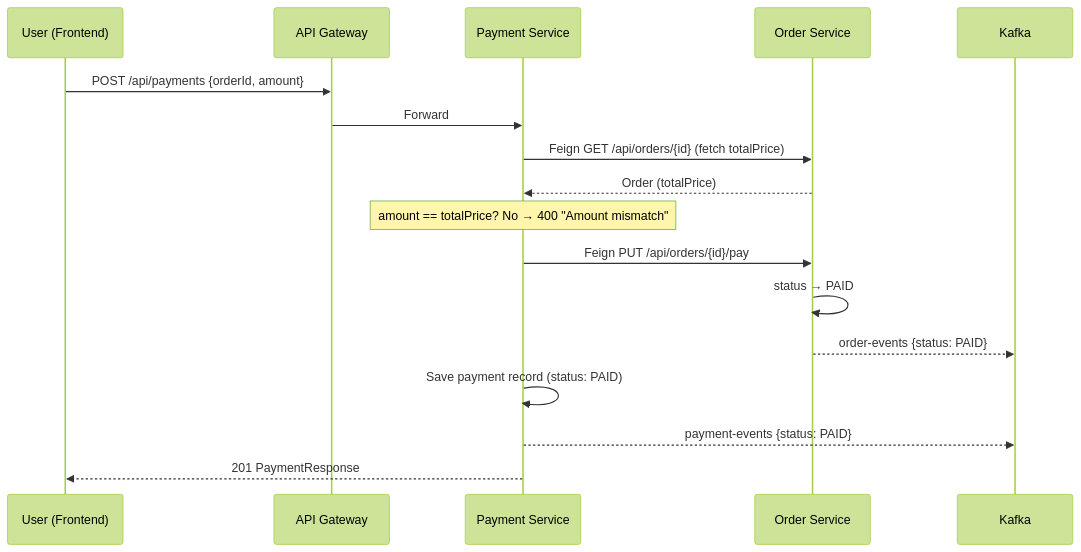
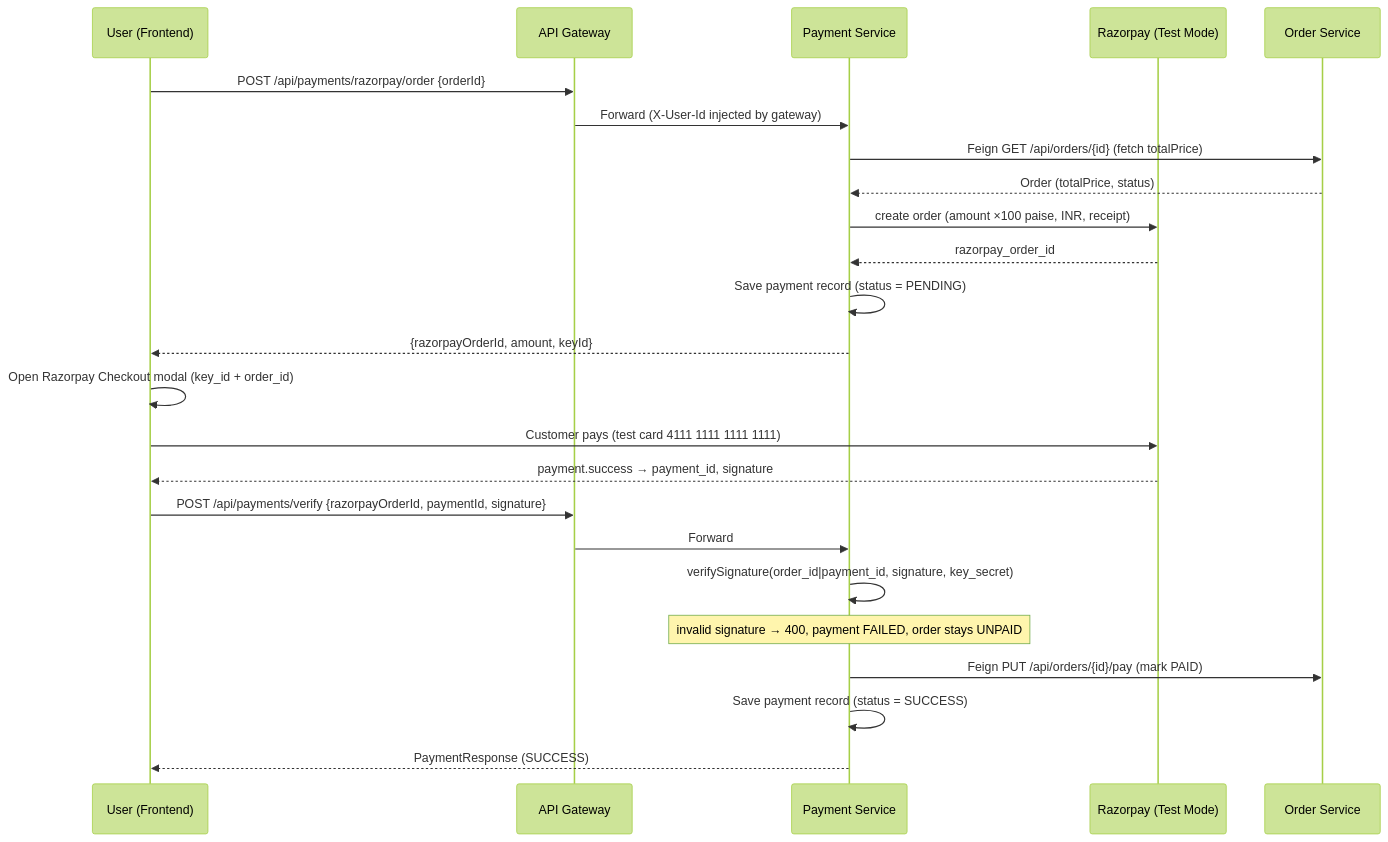
Before and after one commit to shubhamdagar9854/OrderPulse: the fourth of 8 diagrams in README.md, drawn with Mermaid (forest theme). The commit also changed other lines of this file and 17 other files, not shown here.

Commit message:
feat: Razorpay Test Mode integration - server-side order create, backend signature verification, real refunds; fix user-service JWT expiration property

````diff
--- a/README.md
+++ b/README.md
@@ -161,19 +161,27 @@
 ```mermaid
 sequenceDiagram
     participant U as User (Frontend)
     participant GW as API Gateway
     participant PMS as Payment Service
+    participant RZP as Razorpay (Test Mode)
     participant OS as Order Service
 
-    U->>GW: POST /api/payments {orderId, amount}
+    U->>GW: POST /api/payments/razorpay/order {orderId}
+    GW->>PMS: Forward (X-User-Id injected by gateway)
+    PMS->>OS: Feign GET /api/orders/{id} (fetch totalPrice)
+    OS-->>PMS: Order (totalPrice, status)
+    PMS->>RZP: create order (amount ×100 paise, INR, receipt)
+    RZP-->>PMS: razorpay_order_id
+    PMS->>PMS: Save payment record (status = PENDING)
+    PMS-->>U: {razorpayOrderId, amount, keyId}
+    U->>U: Open Razorpay Checkout modal (key_id + order_id)
+    U->>RZP: Customer pays (test card 4111 1111 1111 1111)
+    RZP-->>U: payment.success → payment_id, signature
+    U->>GW: POST /api/payments/verify {razorpayOrderId, paymentId, signature}
     GW->>PMS: Forward
-    PMS->>OS: Feign GET /api/orders/{id} (fetch totalPrice)
-    OS-->>PMS: Order (totalPrice)
-    Note over PMS: amount == totalPrice? No → 400 "Amount mismatch"
-    PMS->>OS: Feign PUT /api/orders/{id}/pay
-    OS->>OS: status → PAID
-    OS-->>Kafka: order-events {status: PAID}
-    PMS->>PMS: Save payment record (status: PAID)
-    PMS-->>Kafka: payment-events {status: PAID}
-    PMS-->>U: 201 PaymentResponse
+    PMS->>PMS: verifySignature(order_id|payment_id, signature, key_secret)
+    Note over PMS: invalid signature → 400, payment FAILED, order stays UNPAID
+    PMS->>OS: Feign PUT /api/orders/{id}/pay (mark PAID)
+    PMS->>PMS: Save payment record (status = SUCCESS)
+    PMS-->>U: PaymentResponse (SUCCESS)
 ```
````
